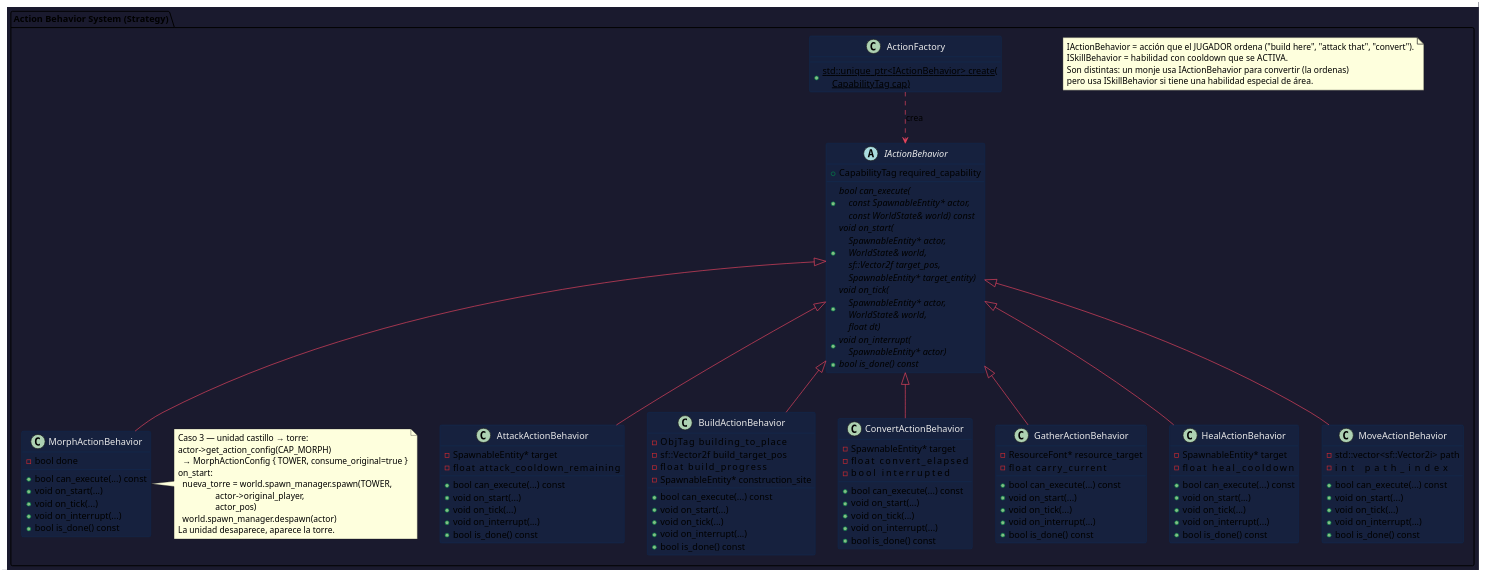
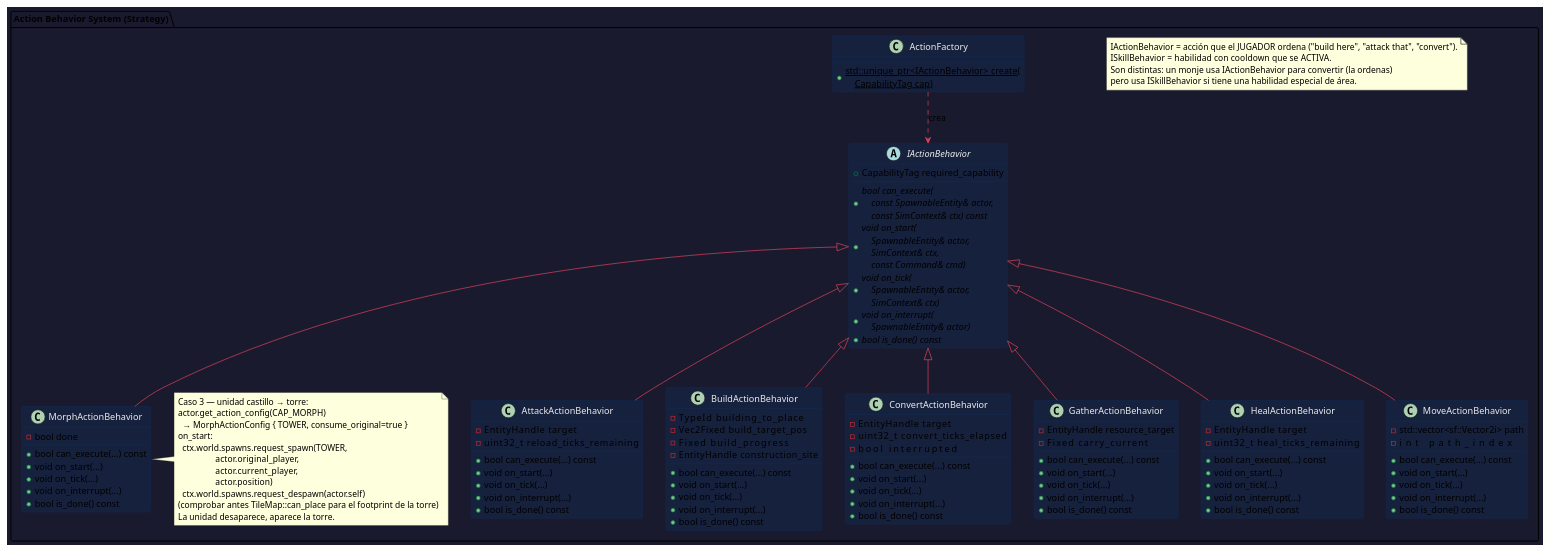
Before and after one commit to imanih-code/aoe-clone: the third of 9 diagrams in mutability.md, drawn with PlantUML. The commit also changed other lines of this file and 3 other files, not shown here.

First line of the commit message:
docs: revise design for a C++20/SFML 3 build and add roadmap

```diff
--- a/mutability.md
+++ b/mutability.md
@@ -252,17 +264,17 @@
 
   abstract class IActionBehavior {
     + CapabilityTag required_capability
-    + {abstract} bool can_execute(\n    const SpawnableEntity* actor,\n    const WorldState& world) const
-    + {abstract} void on_start(\n    SpawnableEntity* actor,\n    WorldState& world,\n    sf::Vector2f target_pos,\n    SpawnableEntity* target_entity)
-    + {abstract} void on_tick(\n    SpawnableEntity* actor,\n    WorldState& world,\n    float dt)
-    + {abstract} void on_interrupt(\n    SpawnableEntity* actor)
+    + {abstract} bool can_execute(\n    const SpawnableEntity& actor,\n    const SimContext& ctx) const
+    + {abstract} void on_start(\n    SpawnableEntity& actor,\n    SimContext& ctx,\n    const Command& cmd)
+    + {abstract} void on_tick(\n    SpawnableEntity& actor,\n    SimContext& ctx)
+    + {abstract} void on_interrupt(\n    SpawnableEntity& actor)
     + {abstract} bool is_done() const
   }
 
   class AttackActionBehavior {
     ' Requiere: CAP_ATTACK_MELEE o CAP_ATTACK_RANGED
-    - SpawnableEntity* target
-    - float            attack_cooldown_remaining
+    - EntityHandle     target
+    - uint32_t         reload_ticks_remaining
     + bool can_execute(...) const
     + void on_start(...)
     + void on_tick(...)
@@ -273,10 +285,10 @@
   class BuildActionBehavior {
     ' Requiere: CAP_BUILD
     ' Respeta BuildActionConfig::buildable_tags
-    - ObjTag         building_to_place
-    - sf::Vector2f   build_target_pos
-    - float          build_progress
-    - SpawnableEntity* construction_site
+    - TypeId         building_to_place
+    - Vec2Fixed      build_target_pos
+    - Fixed          build_progress
+    - EntityHandle     construction_site
     + bool can_execute(...) const
     ' Verifica que building_to_place esté en BuildActionConfig
     + void on_start(...)
@@ -289,8 +301,8 @@
   class ConvertActionBehavior {
     ' Requiere: CAP_CONVERT
     ' Respeta ConvertActionConfig::targetable_classes y targetable_tags
-    - SpawnableEntity* target
-    - float            convert_elapsed
+    - EntityHandle     target
+    - uint32_t         convert_ticks_elapsed
     - bool             interrupted
     + bool can_execute(...) const
     ' Verifica que el target cumpla ConvertActionConfig
@@ -308,8 +320,10 @@
     + bool can_execute(...) const
     + void on_start(...)
     ' Ejecuta el morph:
-    '   Si consume_original: despawn actor, spawn target_form
-    '   Si no: cambia base_stats_ref al nuevo ObjSheet
+    '   Si consume_original: request_despawn(actor), request_spawn(target_form)
+    '   Si no: cambia type_id y classes al nuevo ObjSheet,
+    '          ajusta hp según inherits_hp_percent,
+    '          rebuild_capabilities() y cancela la acción en curso
     + void on_tick(...)
     + void on_interrupt(...)
     + bool is_done() const
@@ -317,20 +331,22 @@
 
   note right of MorphActionBehavior
     Caso 3 — unidad castillo → torre:
-    actor->get_action_config(CAP_MORPH)
+    actor.get_action_config(CAP_MORPH)
       → MorphActionConfig { TOWER, consume_original=true }
     on_start:
-      nueva_torre = world.spawn_manager.spawn(TOWER,
-                     actor->original_player,
-                     actor_pos)
-      world.spawn_manager.despawn(actor)
+      ctx.world.spawns.request_spawn(TOWER,
+                     actor.original_player,
+                     actor.current_player,
+                     actor.position)
+      ctx.world.spawns.request_despawn(actor.self)
+    (comprobar antes TileMap::can_place para el footprint de la torre)
     La unidad desaparece, aparece la torre.
   end note
 
   class GatherActionBehavior {
     ' Requiere: CAP_GATHER_*
-    - ResourceFont* resource_target
-    - float         carry_current
+    - EntityHandle  resource_target
+    - Fixed         carry_current
     + bool can_execute(...) const
     + void on_start(...)
     + void on_tick(...)
@@ -340,8 +356,8 @@
 
   class HealActionBehavior {
     ' Requiere: CAP_HEAL_UNITS
-    - SpawnableEntity* target
-    - float            heal_cooldown
+    - EntityHandle     target
+    - uint32_t         heal_ticks_remaining
     + bool can_execute(...) const
     + void on_start(...)
     + void on_tick(...)
```
